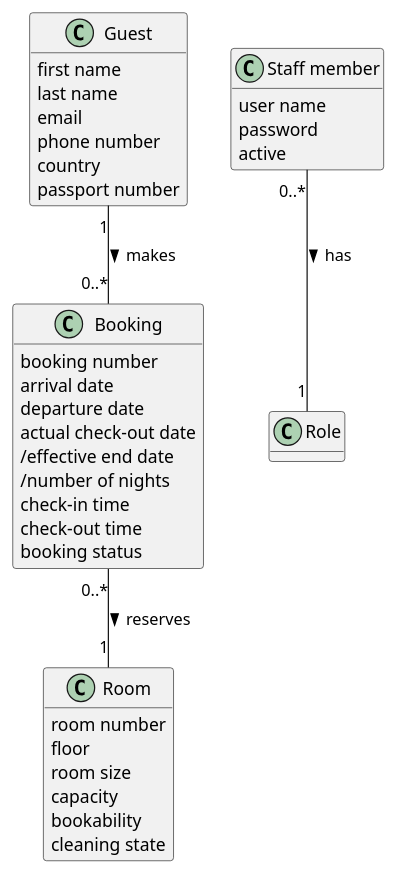
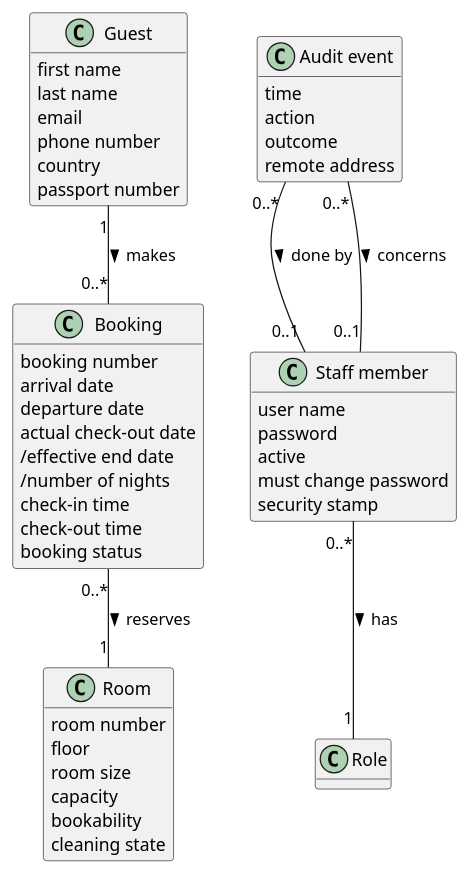
Before and after one commit to NF-Hotel/NFHotel: the diagram in docs/domain-model.md, drawn with PlantUML. The commit also changed other lines of this file and 19 other files, not shown here.

First line of the commit message:
Plan MIL-030: staff accounts and password change

````diff
--- a/docs/domain-model.md
+++ b/docs/domain-model.md
@@ -27,42 +28,52 @@
 ```plantuml
 @startuml
 skinparam classAttributeIconSize 0
 hide methods
 class Booking {
   booking number
   arrival date
   departure date
   actual check-out date
   /effective end date
   /number of nights
   check-in time
   check-out time
   booking status
 }
 class Room {
   room number
   floor
   room size
   capacity
   bookability
   cleaning state
 }
 class Guest {
   first name
   last name
   email
   phone number
   country
   passport number
 }
 class "Staff member" as StaffMember {
   user name
   password
   active
+  must change password
+  security stamp
 }
 class Role
+class "Audit event" as AuditEvent {
+  time
+  action
+  outcome
+  remote address
+}
 Guest "1" -- "0..*" Booking : makes >
 StaffMember "0..*" -- "1" Role : has >
+AuditEvent "0..*" -- "0..1" StaffMember : done by >
+AuditEvent "0..*" -- "0..1" StaffMember : concerns >
 Booking "0..*" -- "1" Room : reserves >
 @enduml
 ```
````
